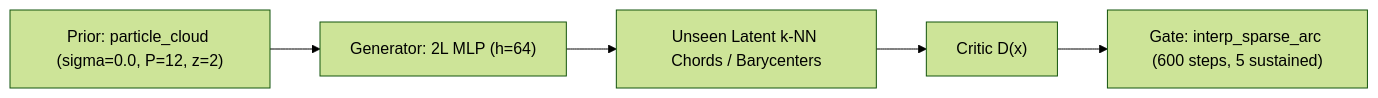
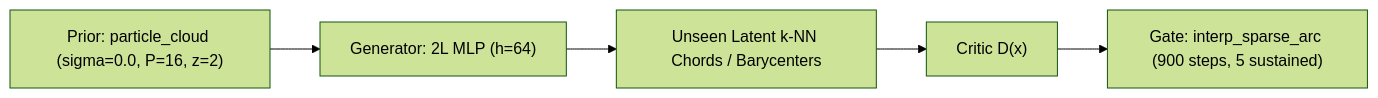
One commit to HyperGAN/ParticleGAN changed the diagram in reports/forge/experiments/interp_sparse_arc.md. Above: the diagram before and after it, drawn with Mermaid (forest theme). The commit also changed other lines of this file and 500 other files, not shown here.

````diff
--- a/reports/forge/experiments/interp_sparse_arc.md
+++ b/reports/forge/experiments/interp_sparse_arc.md
@@ -46,7 +46,7 @@
 ```mermaid
 flowchart LR
-    P["Prior: particle_cloud (sigma=0.0, P=12, z=2)"] --> G["Generator: 2L MLP (h=64)"]
+    P["Prior: particle_cloud (sigma=0.0, P=16, z=2)"] --> G["Generator: 2L MLP (h=64)"]
     G --> M["Unseen Latent k-NN Chords / Barycenters"]
     M --> D["Critic D(x)"]
-    D --> Gate["Gate: interp_sparse_arc (600 steps, 5 sustained)"]
+    D --> Gate["Gate: interp_sparse_arc (900 steps, 5 sustained)"]
 ```
````
